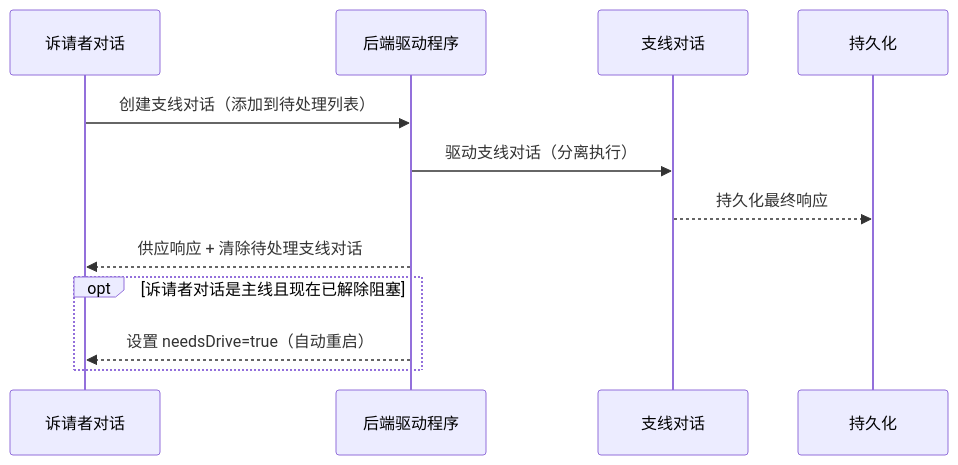
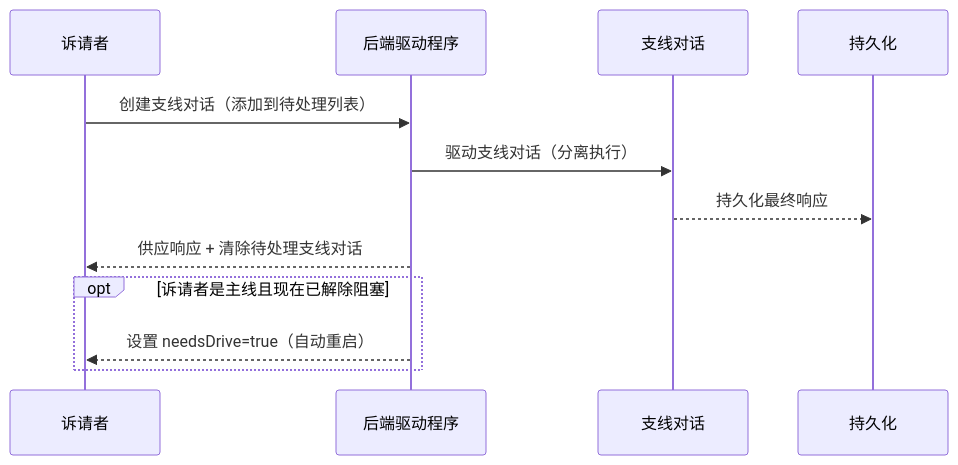
One commit to longrun-ai/dominds changed the seventh of 19 diagrams in docs/dialog-system.zh.md. Above: the diagram before and after it, drawn with Mermaid. The commit also changed other lines of this file and 105 other files, not shown here.

````diff
--- a/docs/dialog-system.zh.md
+++ b/docs/dialog-system.zh.md
@@ -705,15 +703,15 @@
 ```mermaid
 sequenceDiagram
-  participant Asker as 诉请者对话
+  participant Asker as 诉请者
   participant Driver as 后端驱动程序
   participant Side as 支线对话
   participant Store as 持久化
 
   Asker->>Driver: 创建支线对话（添加到待处理列表）
   Driver->>Side: 驱动支线对话（分离执行）
   Side-->>Store: 持久化最终响应
   Driver-->>Asker: 供应响应 + 清除待处理支线对话
-  opt 诉请者对话是主线且现在已解除阻塞
+  opt 诉请者是主线且现在已解除阻塞
     Driver-->>Asker: 设置 needsDrive=true（自动重启）
   end
 ```
````
